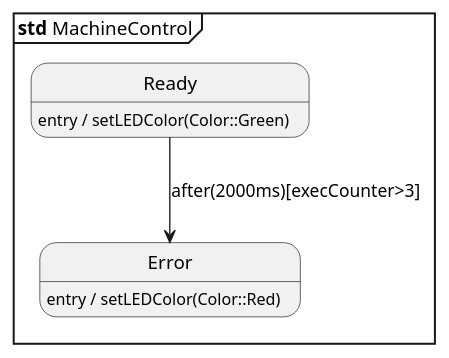
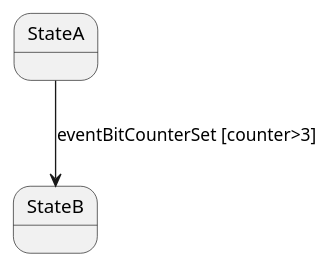
The sixth of 11 diagrams in software/modelleren/STD_en_code.md (HU-TI-DEV/TI-S3), drawn with PlantUML before and after one commit. The commit also changed other lines of this file and 2 other files, not shown here.

```diff
--- a/software/modelleren/STD_en_code.md
+++ b/software/modelleren/STD_en_code.md
@@ -3,8 +28,4 @@
 @startuml
-mainframe **std** MachineControl
-state Ready
-Ready : entry / setLEDColor(Color::Green)
-Error : entry / setLEDColor(Color::Red)
-Ready --> Error              : after(2000ms)[execCounter>3]
-
+state StateA
+StateA --> StateB : eventBitCounterSet [counter>3]
 @enduml
```
